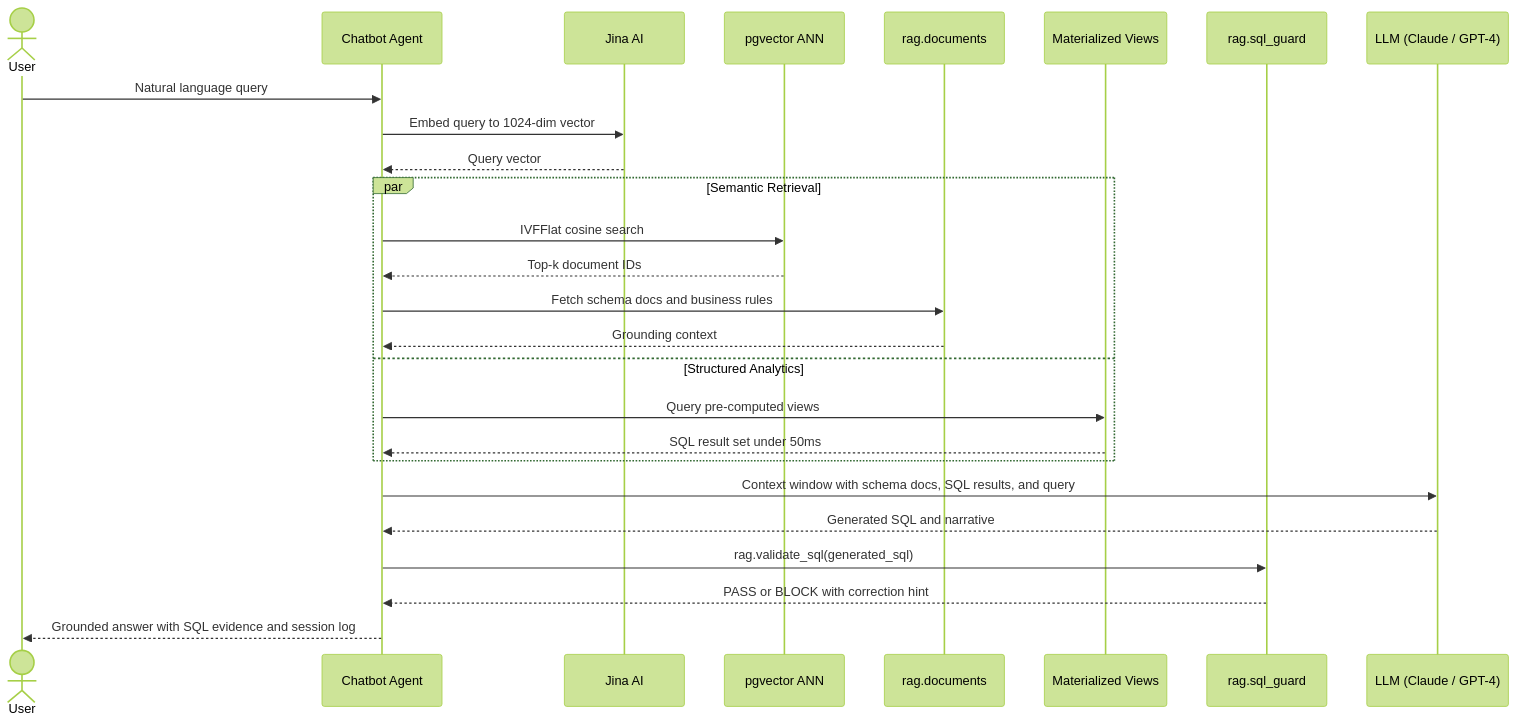
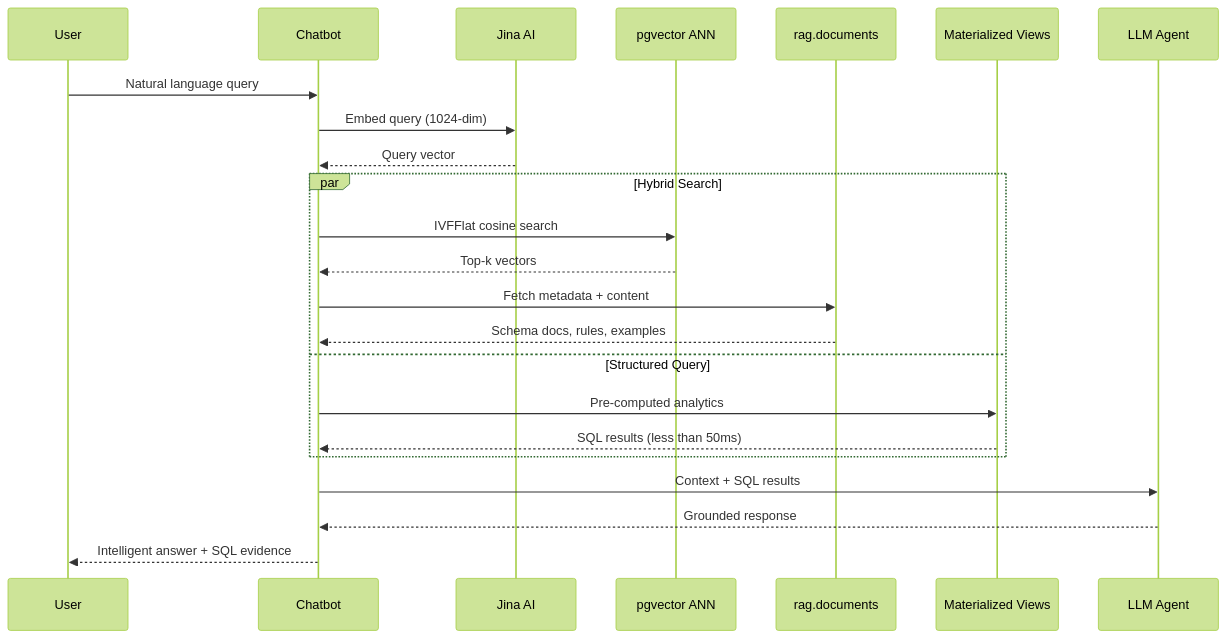
Before and after one commit to Mohamed-Elmasry16/Recovera-Hybrid-Database-Architecture: the third of 4 diagrams in README.md, drawn with Mermaid (forest theme). The commit also changed other lines of this file, not shown here.

````diff
--- a/README.md
+++ b/README.md
@@ -335,34 +233,28 @@
 ```mermaid
 sequenceDiagram
-    actor  U  as User
-    participant CA as Chatbot Agent
-    participant J  as Jina AI
-    participant PV as pgvector ANN
-    participant D  as rag.documents
+    participant User
+    participant Chatbot
+    participant Jina as Jina AI
+    participant pgvector as pgvector ANN
+    participant Documents as rag.documents
     participant MV as Materialized Views
-    participant G  as rag.sql_guard
-    participant LM as LLM (Claude / GPT-4)
+    participant LLM as LLM Agent
 
-    U  ->> CA: Natural language query
+    User->>Chatbot: Natural language query
+    Chatbot->>Jina: Embed query (1024-dim)
+    Jina-->>Chatbot: Query vector
 
-    CA ->> J:  Embed query to 1024-dim vector
-    J  -->> CA: Query vector
-
-    par Semantic Retrieval
-        CA ->> PV: IVFFlat cosine search
-        PV -->> CA: Top-k document IDs
-        CA ->> D:  Fetch schema docs and business rules
-        D  -->> CA: Grounding context
-    and Structured Analytics
-        CA ->> MV: Query pre-computed views
-        MV -->> CA: SQL result set under 50ms
+    par Hybrid Search
+        Chatbot->>pgvector: IVFFlat cosine search
+        pgvector-->>Chatbot: Top-k vectors
+        Chatbot->>Documents: Fetch metadata + content
+        Documents-->>Chatbot: Schema docs, rules, examples
+    and Structured Query
+        Chatbot->>MV: Pre-computed analytics
+        MV-->>Chatbot: SQL results (less than 50ms)
     end
 
-    CA ->> LM: Context window with schema docs, SQL results, and query
-    LM -->> CA: Generated SQL and narrative
-
-    CA ->> G:  rag.validate_sql(generated_sql)
-    G  -->> CA: PASS or BLOCK with correction hint
-
-    CA -->> U: Grounded answer with SQL evidence and session log
+    Chatbot->>LLM: Context + SQL results
+    LLM-->>Chatbot: Grounded response
+    Chatbot-->>User: Intelligent answer + SQL evidence
 ```
````
